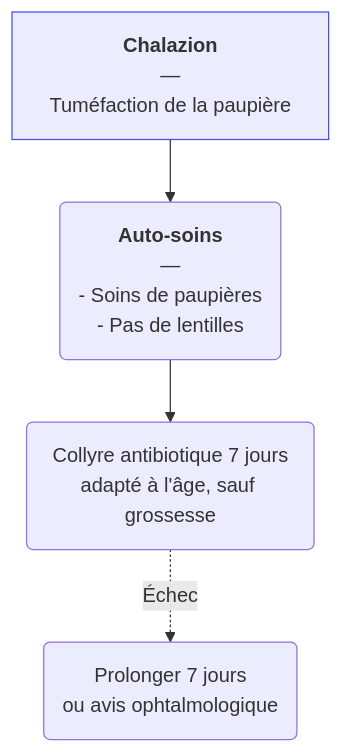
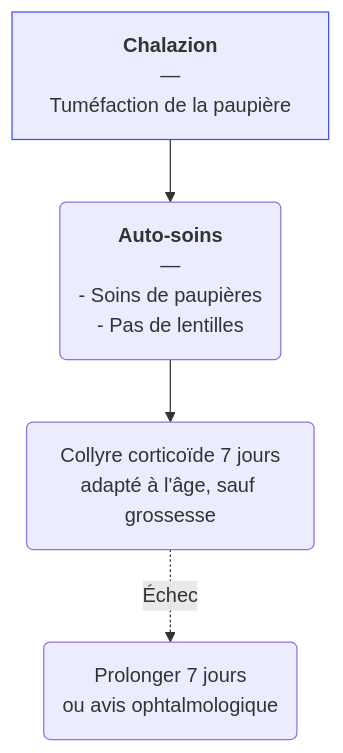
One commit to djibe/recommandations-medicales changed the diagram in content/recommandations/chalazion.md. Above: the diagram before and after it, drawn with Mermaid. The commit also changed other lines of this file and 14 other files, not shown here.

Commit message:
New flowcharts

```diff
--- a/content/recommandations/chalazion.md
+++ b/content/recommandations/chalazion.md
@@ -76,5 +76,5 @@
 {{< mermaid title="Prise en charge du chalazion par le médecin généraliste. Dr JB Fron d'après COUF 2021" >}}
 graph TB
-  chalazion["<b>Chalazion</b><br>—<br>Tuméfaction de la paupière"] --> soins("<b>Auto-soins</b><br>—<br>- Soins de paupières<br>- Pas de lentilles") --> collyre("Collyre antibiotique 7 jours<br>adapté à l'âge, sauf grossesse") -. Échec .-> autre(Prolonger 7 jours<br>ou avis ophtalmologique)
+  chalazion["<b>Chalazion</b><br>—<br>Tuméfaction de la paupière"] --> soins("<b>Auto-soins</b><br>—<br>- Soins de paupières<br>- Pas de lentilles") --> collyre("Collyre corticoïde 7 jours<br>adapté à l'âge, sauf grossesse") -. Échec .-> autre(Prolonger 7 jours<br>ou avis ophtalmologique)
   style chalazion stroke:#4150f5, stroke-width:1px
 {{< /mermaid >}}
```
